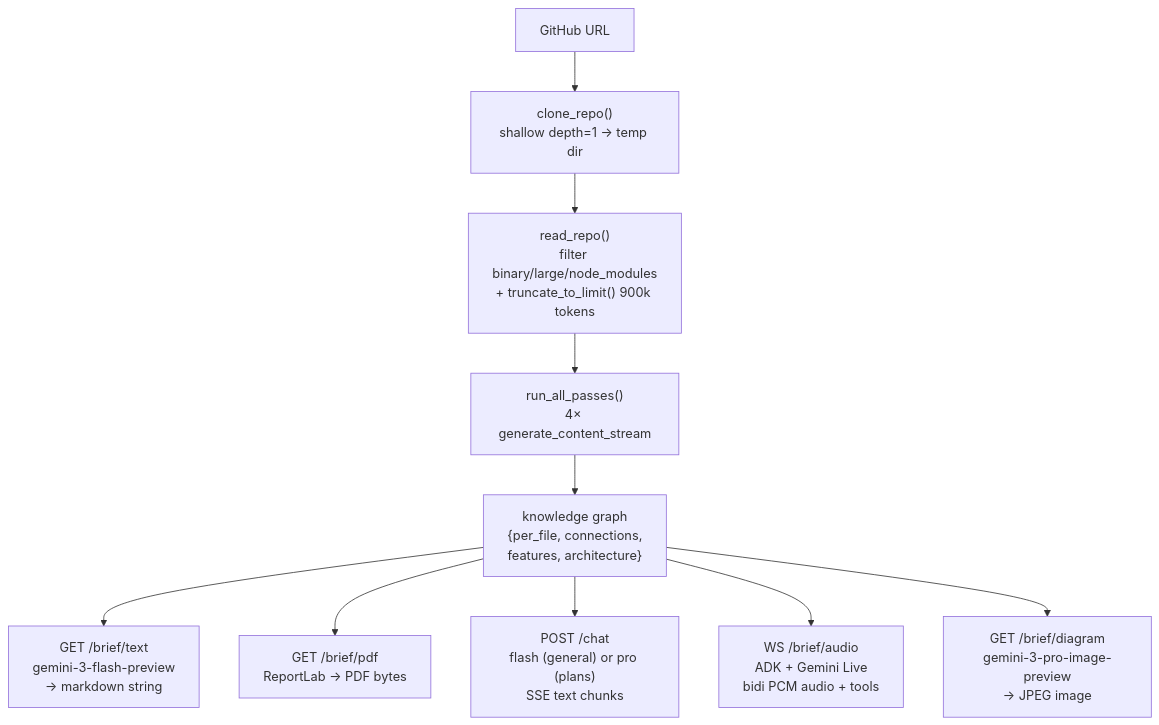
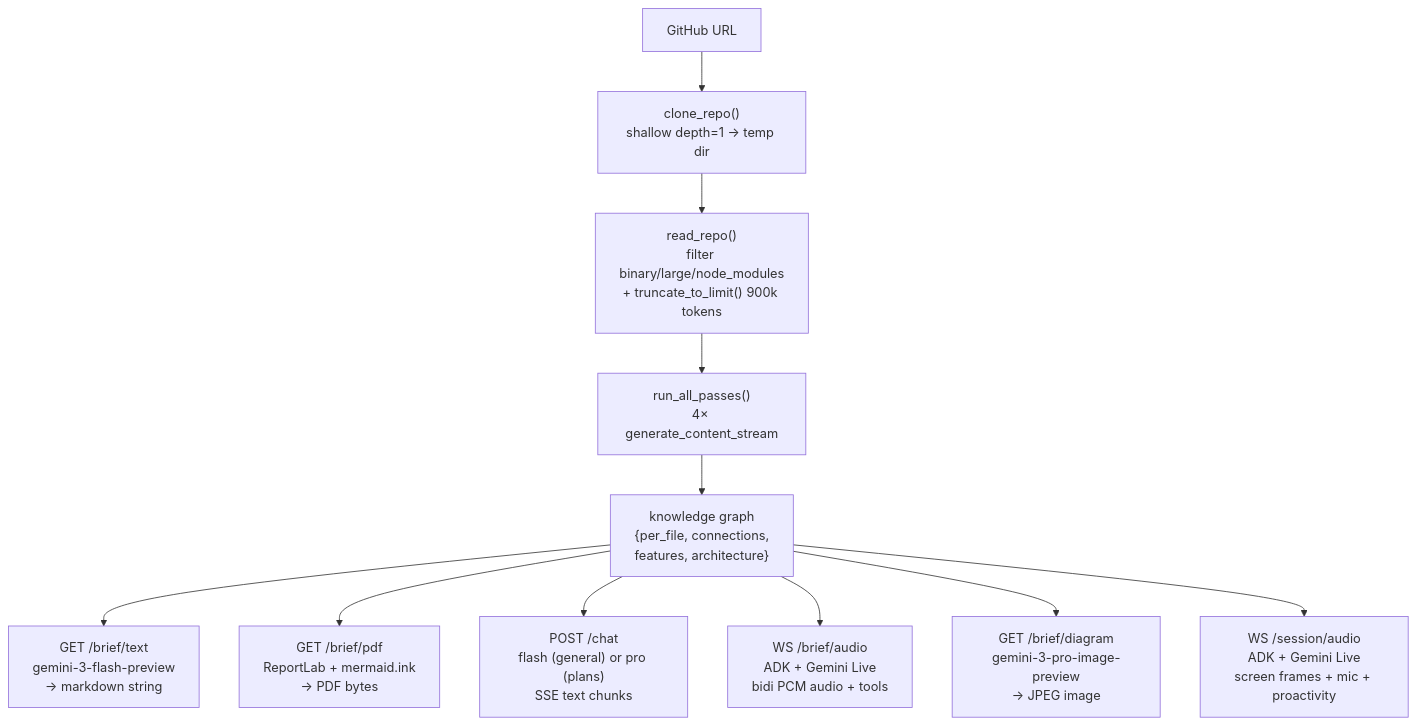
One commit to ask-anannya/Compass changed the tenth of 10 diagrams in ARCHITECTURE.md. Above: the diagram before and after it, drawn with Mermaid. The commit also changed other lines of this file and 9 other files, not shown here.

First line of the commit message:
Add Ambient Session (Phase 3), PDF cover + Mermaid diagram, and docs update

````diff
--- a/ARCHITECTURE.md
+++ b/ARCHITECTURE.md
@@ -295,21 +373,23 @@
 ```mermaid
 flowchart TD
     URL["GitHub URL"]
     Clone["clone_repo()\nshallow depth=1 → temp dir"]
     Read["read_repo()\nfilter binary/large/node_modules\n+ truncate_to_limit() 900k tokens"]
     Passes["run_all_passes()\n4× generate_content_stream"]
     Graph["knowledge graph\n{per_file, connections,\nfeatures, architecture}"]
 
     TextBrief["GET /brief/text\ngemini-3-flash-preview\n→ markdown string"]
-    PDF["GET /brief/pdf\nReportLab → PDF bytes"]
+    PDF["GET /brief/pdf\nReportLab + mermaid.ink\n→ PDF bytes"]
     Chat["POST /chat\nflash (general) or pro (plans)\nSSE text chunks"]
     Audio["WS /brief/audio\nADK + Gemini Live\nbidi PCM audio + tools"]
     Diagram["GET /brief/diagram\ngemini-3-pro-image-preview\n→ JPEG image"]
+    Session["WS /session/audio\nADK + Gemini Live\nscreen frames + mic + proactivity"]
 
     URL --> Clone --> Read --> Passes --> Graph
     Graph --> TextBrief
     Graph --> PDF
     Graph --> Chat
     Graph --> Audio
     Graph --> Diagram
+    Graph --> Session
 ```
````
